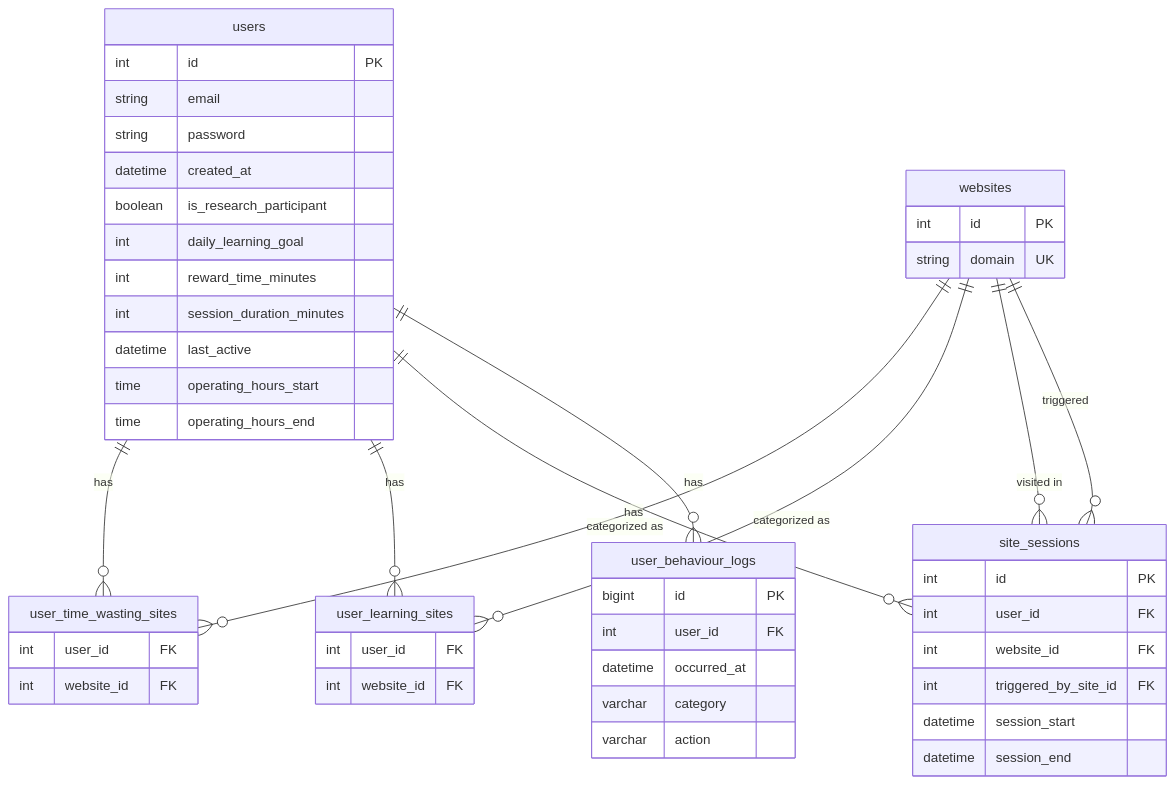
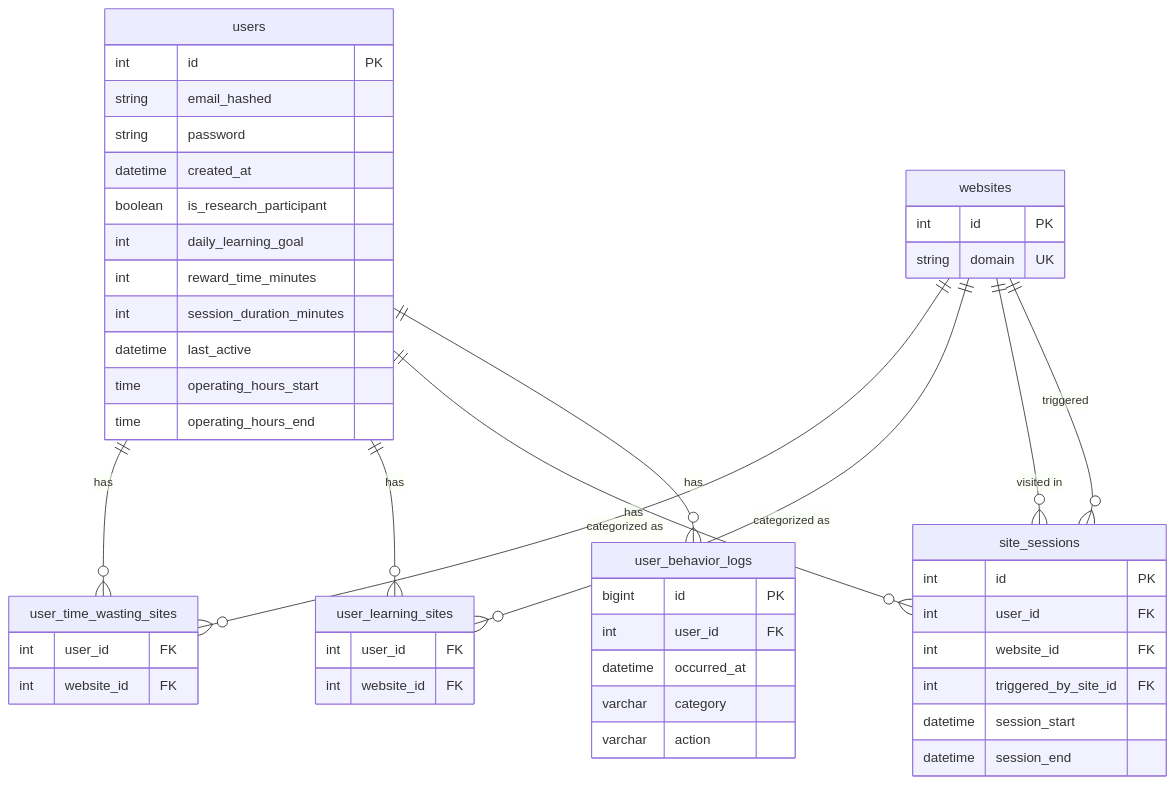
Before and after one commit to aiki-extension/Aiki3-Backend: the diagram in docs/erd.md, drawn with Mermaid. The commit also changed 1 other file, not shown here.

Commit message:
Added initial data model from ERD

````diff
--- a/docs/erd.md
+++ b/docs/erd.md
@@ -1,57 +1,57 @@
 ```mermaid
 erDiagram
     users {
         int id PK
-        string email
+        string email_hashed
         string password
         datetime created_at
         boolean is_research_participant
         int daily_learning_goal
         int reward_time_minutes
         int session_duration_minutes
         datetime last_active
         time operating_hours_start
         time operating_hours_end
     }
 
     websites {
         int id PK
         string domain UK
     }
 
     user_time_wasting_sites {
         int user_id FK
         int website_id FK
     }
 
     user_learning_sites {
         int user_id FK
         int website_id FK
     }
 
     site_sessions {
         int id PK
         int user_id FK
         int website_id FK
         int triggered_by_site_id FK
         datetime session_start
         datetime session_end
     }
 
-    user_behaviour_logs {
+    user_behavior_logs {
         bigint id PK
         int user_id FK
         datetime occurred_at
         varchar category
         varchar action
     }
 
     users ||--o{ user_time_wasting_sites : "has"
     users ||--o{ user_learning_sites : "has"
     websites ||--o{ user_time_wasting_sites : "categorized as"
     websites ||--o{ user_learning_sites : "categorized as"
     users ||--o{ site_sessions : "has"
     websites ||--o{ site_sessions : "visited in"
     websites ||--o{ site_sessions : "triggered"
-    users ||--o{ user_behaviour_logs : "has"
+    users ||--o{ user_behavior_logs : "has"
 ```
````
